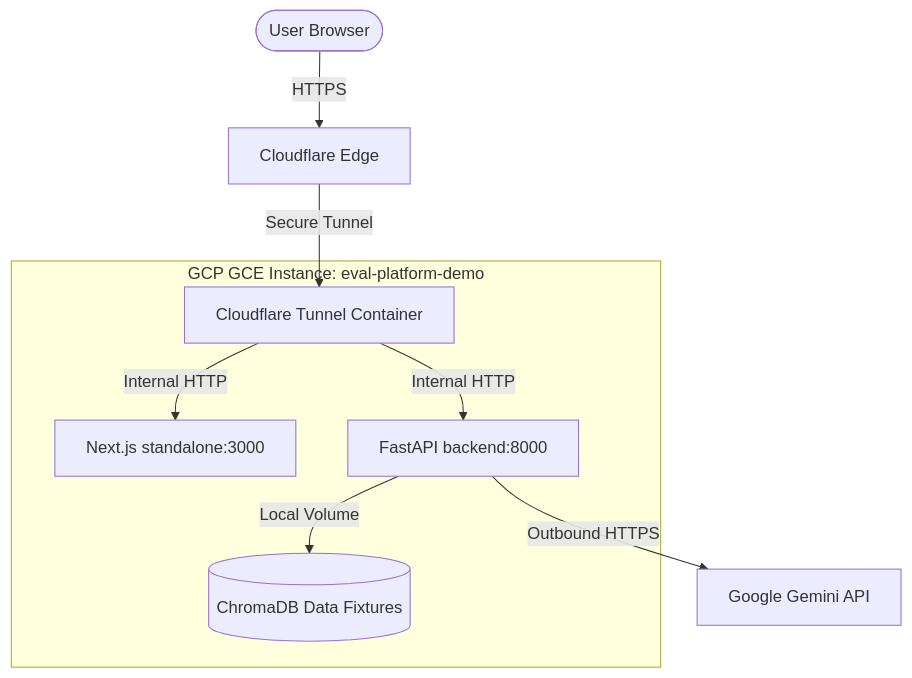
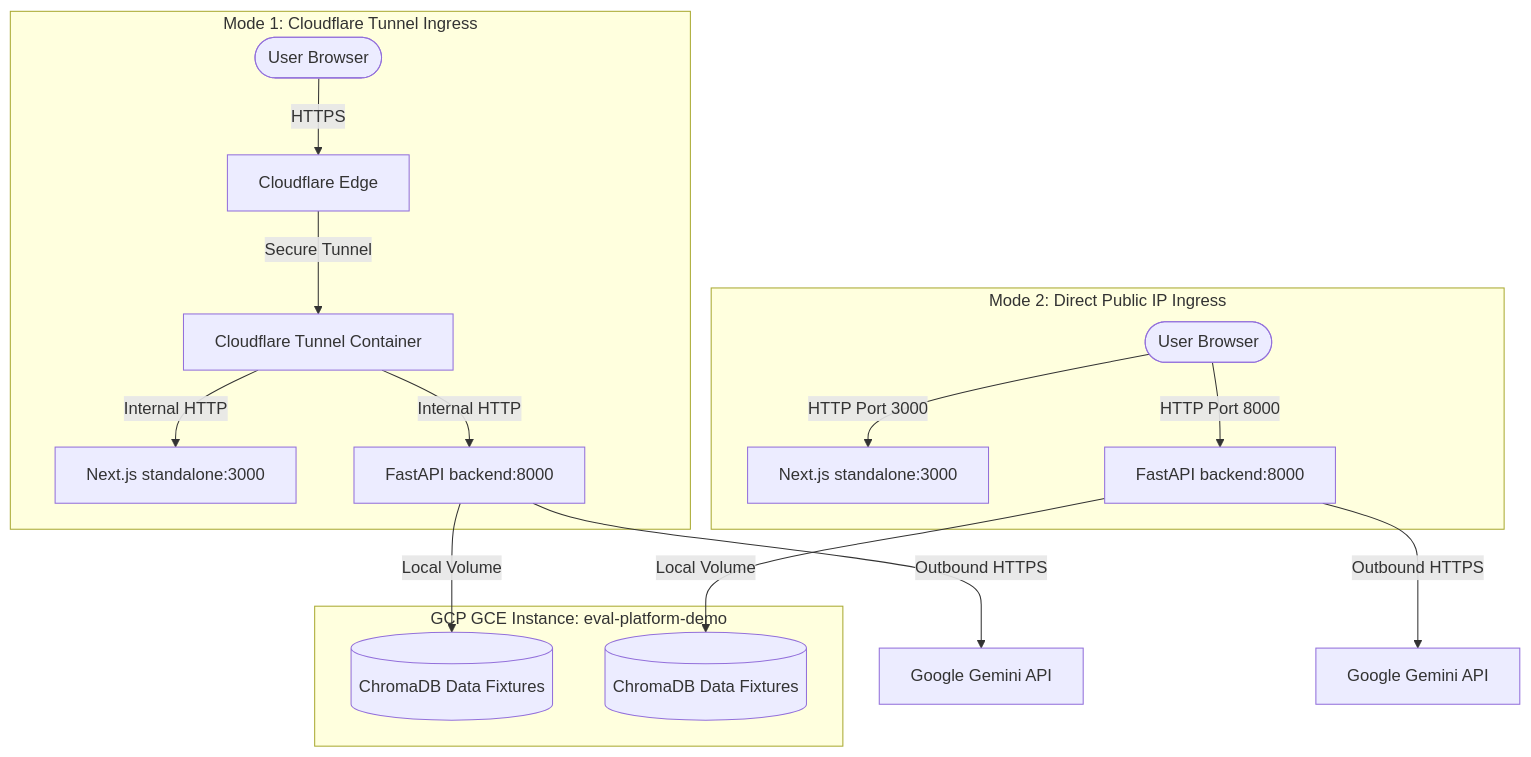
One commit to cafesuada24/eval-platform changed the diagram in docs/superpowers/specs/2026-06-25-gcp-deployment-design.md. Above: the diagram before and after it, drawn with Mermaid. The commit also changed other lines of this file, not shown here.

Commit message:
docs: update GCP deployment design specification with direct IP path details

````diff
--- a/docs/superpowers/specs/2026-06-25-gcp-deployment-design.md
+++ b/docs/superpowers/specs/2026-06-25-gcp-deployment-design.md
@@ -19,14 +21,26 @@
 ```mermaid
 graph TD
-    User([User Browser]) -->|HTTPS| CF[Cloudflare Edge]
-    CF -->|Secure Tunnel| Tunnel[Cloudflare Tunnel Container]
-    
+    subgraph Mode 1: Cloudflare Tunnel Ingress
+        User1([User Browser]) -->|HTTPS| CF[Cloudflare Edge]
+        CF -->|Secure Tunnel| Tunnel[Cloudflare Tunnel Container]
+        Tunnel -->|Internal HTTP| Frontend1[Next.js standalone:3000]
+        Tunnel -->|Internal HTTP| Backend1[FastAPI backend:8000]
+    end
+
+    subgraph Mode 2: Direct Public IP Ingress
+        User2([User Browser]) -->|HTTP Port 3000| Frontend2[Next.js standalone:3000]
+        User2 -->|HTTP Port 8000| Backend2[FastAPI backend:8000]
+    end
+
     subgraph GCP Compute Engine VM [GCP GCE Instance: eval-platform-demo]
-        Tunnel -->|Internal HTTP| Frontend[Next.js standalone:3000]
-        Tunnel -->|Internal HTTP| Backend[FastAPI backend:8000]
-        
-        Backend -->|Local Volume| ChromaDB[(ChromaDB Data Fixtures)]
+        Frontend1
+        Backend1
+        Frontend2
+        Backend2
+        Backend1 -->|Local Volume| ChromaDB1[(ChromaDB Data Fixtures)]
+        Backend2 -->|Local Volume| ChromaDB2[(ChromaDB Data Fixtures)]
     end
-    
-    Backend -->|Outbound HTTPS| GeminiAPI[Google Gemini API]
+
+    Backend1 -->|Outbound HTTPS| GeminiAPI1[Google Gemini API]
+    Backend2 -->|Outbound HTTPS| GeminiAPI2[Google Gemini API]
 ```
````
